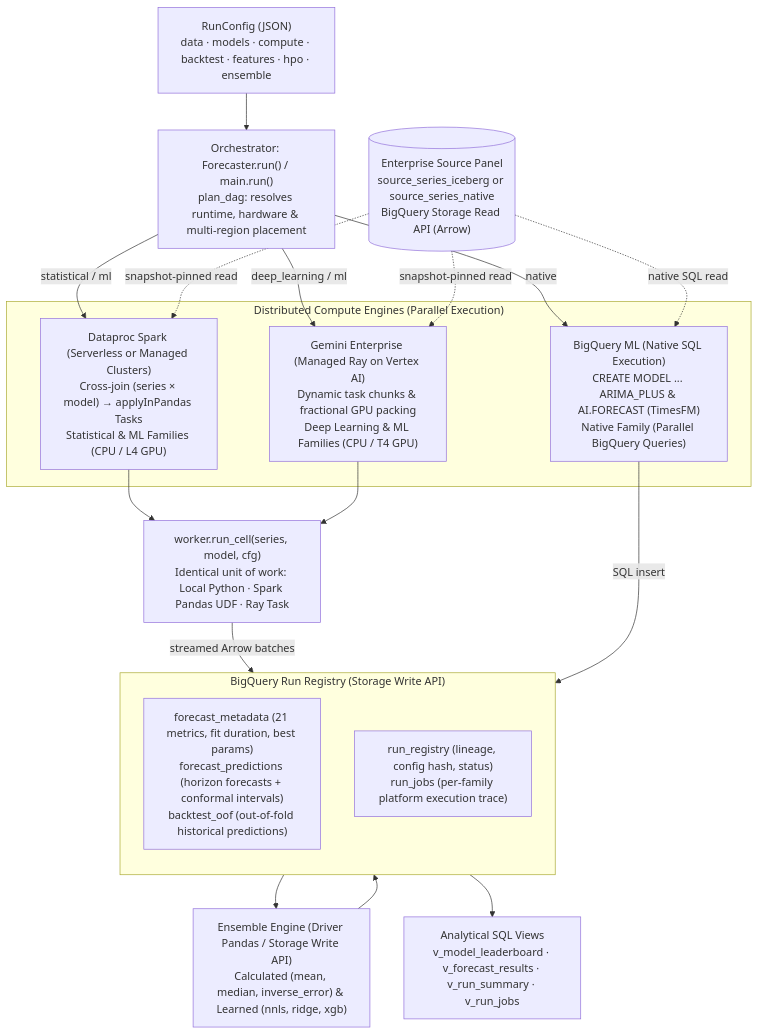
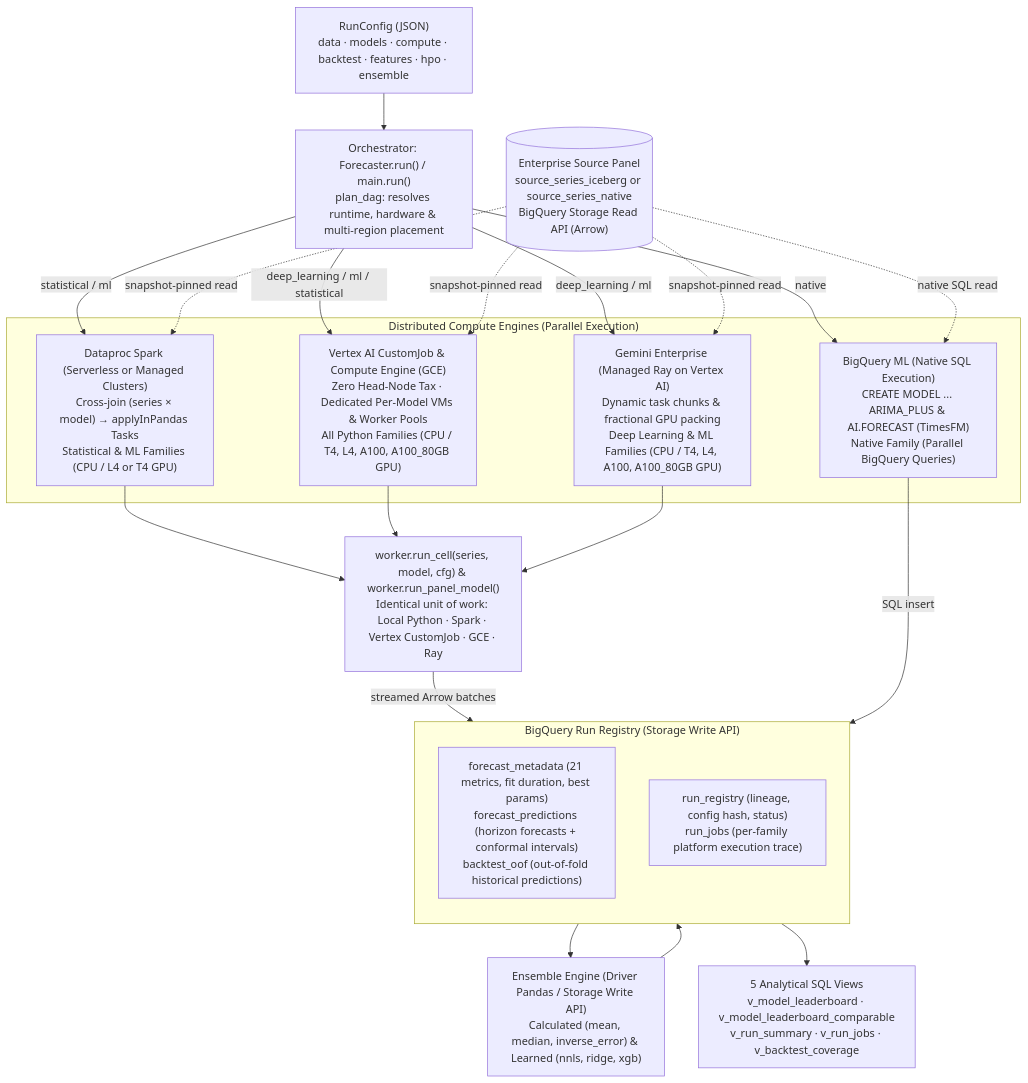
Before and after one commit to statmike/scale-forecasting: the second of 6 diagrams in README.md, drawn with Mermaid. The commit also changed other lines of this file and 69 other files, not shown here.

First line of the commit message:
feat(compute): add vertex and gce runtimes, unified compute params, GPU-VM catalog, and AGENTS.md

````diff
--- a/README.md
+++ b/README.md
@@ -273,41 +274,45 @@
 ```mermaid
 flowchart TB
     cfg["RunConfig (JSON)<br/>data · models · compute · backtest · features · hpo · ensemble"]
     orch["Orchestrator: Forecaster.run() / main.run()<br/>plan_dag: resolves runtime, hardware & multi-region placement"]
     cfg --> orch
 
     subgraph compute["Distributed Compute Engines (Parallel Execution)"]
-        spark["Dataproc Spark (Serverless or Managed Clusters)<br/>Cross-join (series × model) → applyInPandas Tasks<br/>Statistical & ML Families (CPU / L4 GPU)"]
-        ray["Gemini Enterprise (Managed Ray on Vertex AI)<br/>Dynamic task chunks & fractional GPU packing<br/>Deep Learning & ML Families (CPU / T4 GPU)"]
+        spark["Dataproc Spark (Serverless or Managed Clusters)<br/>Cross-join (series × model) → applyInPandas Tasks<br/>Statistical & ML Families (CPU / L4 or T4 GPU)"]
+        vertex["Vertex AI CustomJob & Compute Engine (GCE)<br/>Zero Head-Node Tax · Dedicated Per-Model VMs & Worker Pools<br/>All Python Families (CPU / T4, L4, A100, A100_80GB GPU)"]
+        ray["Gemini Enterprise (Managed Ray on Vertex AI)<br/>Dynamic task chunks & fractional GPU packing<br/>Deep Learning & ML Families (CPU / T4, L4, A100, A100_80GB GPU)"]
         bq["BigQuery ML (Native SQL Execution)<br/>CREATE MODEL ... ARIMA_PLUS & AI.FORECAST (TimesFM)<br/>Native Family (Parallel BigQuery Queries)"]
     end
 
     orch -->|"statistical / ml"| spark
+    orch -->|"deep_learning / ml / statistical"| vertex
     orch -->|"deep_learning / ml"| ray
     orch -->|"native"| bq
 
-    unit["worker.run_cell(series, model, cfg)<br/>Identical unit of work: Local Python · Spark Pandas UDF · Ray Task"]
+    unit["worker.run_cell(series, model, cfg) & worker.run_panel_model()<br/>Identical unit of work: Local Python · Spark · Vertex CustomJob · GCE · Ray"]
     spark --> unit
+    vertex --> unit
     ray --> unit
 
     source[("Enterprise Source Panel<br/>source_series_iceberg or source_series_native<br/>BigQuery Storage Read API (Arrow)")]
     source -.->|snapshot-pinned read| spark
+    source -.->|snapshot-pinned read| vertex
     source -.->|snapshot-pinned read| ray
     source -.->|native SQL read| bq
 
     subgraph registry["BigQuery Run Registry (Storage Write API)"]
         direction TB
         r_meta["forecast_metadata (21 metrics, fit duration, best params)<br/>forecast_predictions (horizon forecasts + conformal intervals)<br/>backtest_oof (out-of-fold historical predictions)"]
         r_trace["run_registry (lineage, config hash, status)<br/>run_jobs (per-family platform execution trace)"]
     end
 
     unit -->|streamed Arrow batches| registry
     bq -->|SQL insert| registry
 
     ens["Ensemble Engine (Driver Pandas / Storage Write API)<br/>Calculated (mean, median, inverse_error) & Learned (nnls, ridge, xgb)"]
     registry --> ens
     ens --> registry
 
-    views["Analytical SQL Views<br/>v_model_leaderboard · v_forecast_results · v_run_summary · v_run_jobs"]
+    views["5 Analytical SQL Views<br/>v_model_leaderboard · v_model_leaderboard_comparable<br/>v_run_summary · v_run_jobs · v_backtest_coverage"]
     registry --> views
 ```
````
